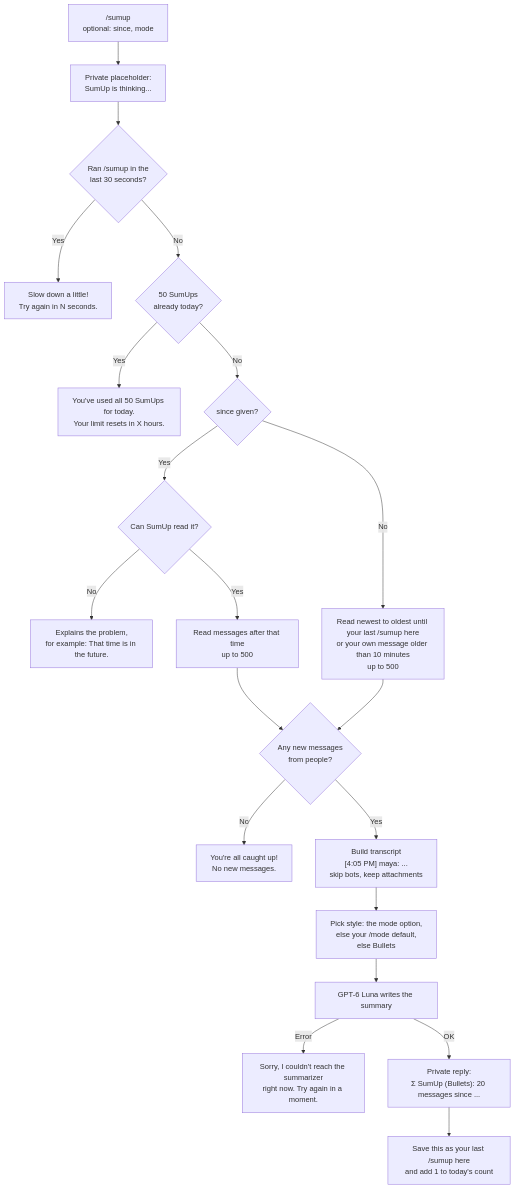
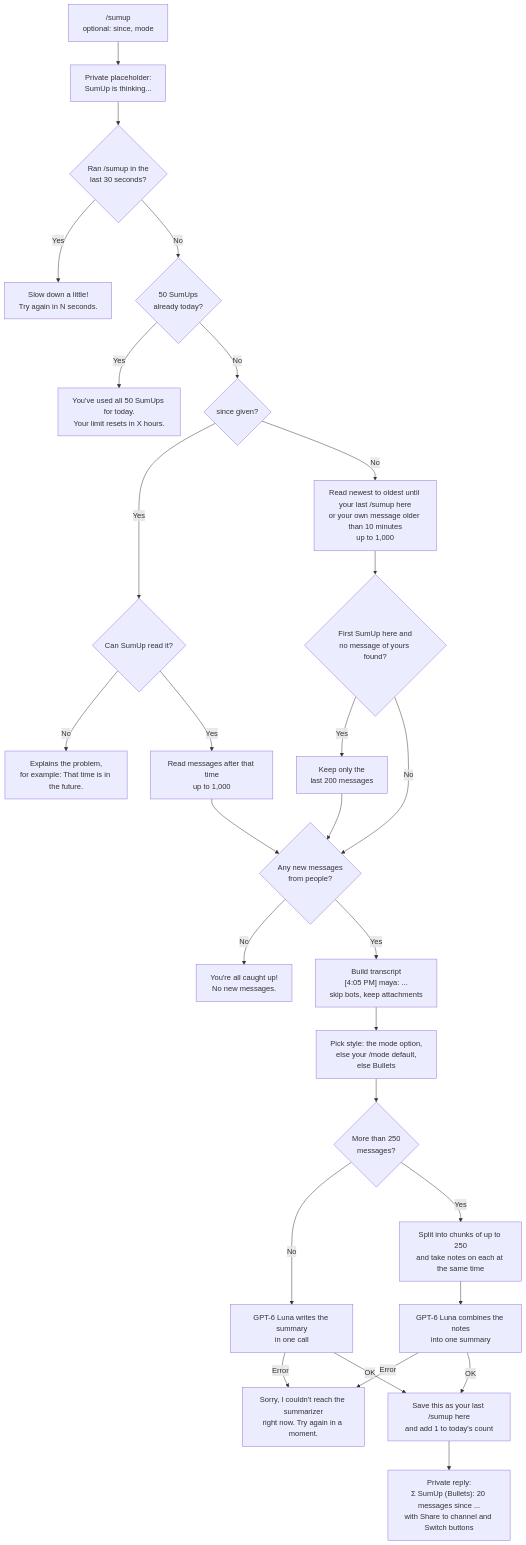
One commit to LeeA28/sumup changed the second of 2 diagrams in README.md. Above: the diagram before and after it, drawn with Mermaid. The commit also changed other lines of this file and 3 other files, not shown here.

Commit message:
share and switch buttons, /help, chunking

````diff
--- a/README.md
+++ b/README.md
@@ -38,22 +38,30 @@
 ```mermaid
 flowchart TD
     A["/sumup<br/>optional: since, mode"] --> B["Private placeholder:<br/>SumUp is thinking..."]
     B --> C{"Ran /sumup in the<br/>last 30 seconds?"}
     C -- Yes --> C1["Slow down a little!<br/>Try again in N seconds."]
     C -- No --> D{"50 SumUps<br/>already today?"}
     D -- Yes --> D1["You've used all 50 SumUps for today.<br/>Your limit resets in X hours."]
     D -- No --> E{"since given?"}
     E -- Yes --> F{"Can SumUp read it?"}
     F -- No --> F1["Explains the problem,<br/>for example: That time is in the future."]
-    F -- Yes --> G["Read messages after that time<br/>up to 500"]
-    E -- No --> H["Read newest to oldest until your last /sumup here<br/>or your own message older than 10 minutes<br/>up to 500"]
+    F -- Yes --> G["Read messages after that time<br/>up to 1,000"]
+    E -- No --> H["Read newest to oldest until your last /sumup here<br/>or your own message older than 10 minutes<br/>up to 1,000"]
+    H --> H2{"First SumUp here and<br/>no message of yours found?"}
+    H2 -- Yes --> H3["Keep only the<br/>last 200 messages"]
+    H2 -- No --> I
+    H3 --> I
     G --> I{"Any new messages<br/>from people?"}
-    H --> I
     I -- No --> I1["You're all caught up!<br/>No new messages."]
     I -- Yes --> J["Build transcript<br/>[4:05 PM] maya: ...<br/>skip bots, keep attachments"]
     J --> K["Pick style: the mode option,<br/>else your /mode default,<br/>else Bullets"]
-    K --> L["GPT-6 Luna writes the summary"]
+    K --> L0{"More than 250<br/>messages?"}
+    L0 -- No --> L["GPT-6 Luna writes the summary<br/>in one call"]
+    L0 -- Yes --> LC["Split into chunks of up to 250<br/>and take notes on each at the same time"]
+    LC --> LR["GPT-6 Luna combines the notes<br/>into one summary"]
+    LR -- Error --> L1
+    LR -- OK --> N
     L -- Error --> L1["Sorry, I couldn't reach the summarizer<br/>right now. Try again in a moment."]
-    L -- OK --> M["Private reply:<br/>Σ SumUp (Bullets): 20 messages since ..."]
-    M --> N["Save this as your last /sumup here<br/>and add 1 to today's count"]
+    L -- OK --> N["Save this as your last /sumup here<br/>and add 1 to today's count"]
+    N --> M["Private reply:<br/>Σ SumUp (Bullets): 20 messages since ...<br/>with Share to channel and Switch buttons"]
 ```
````
